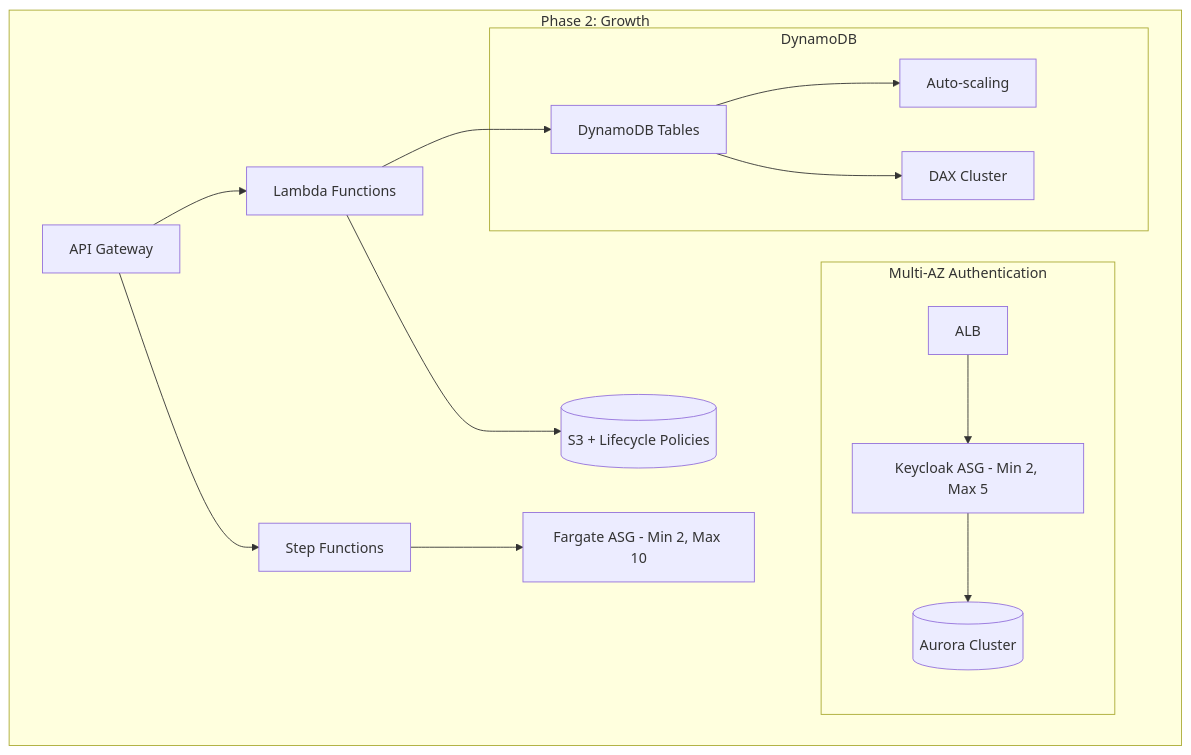
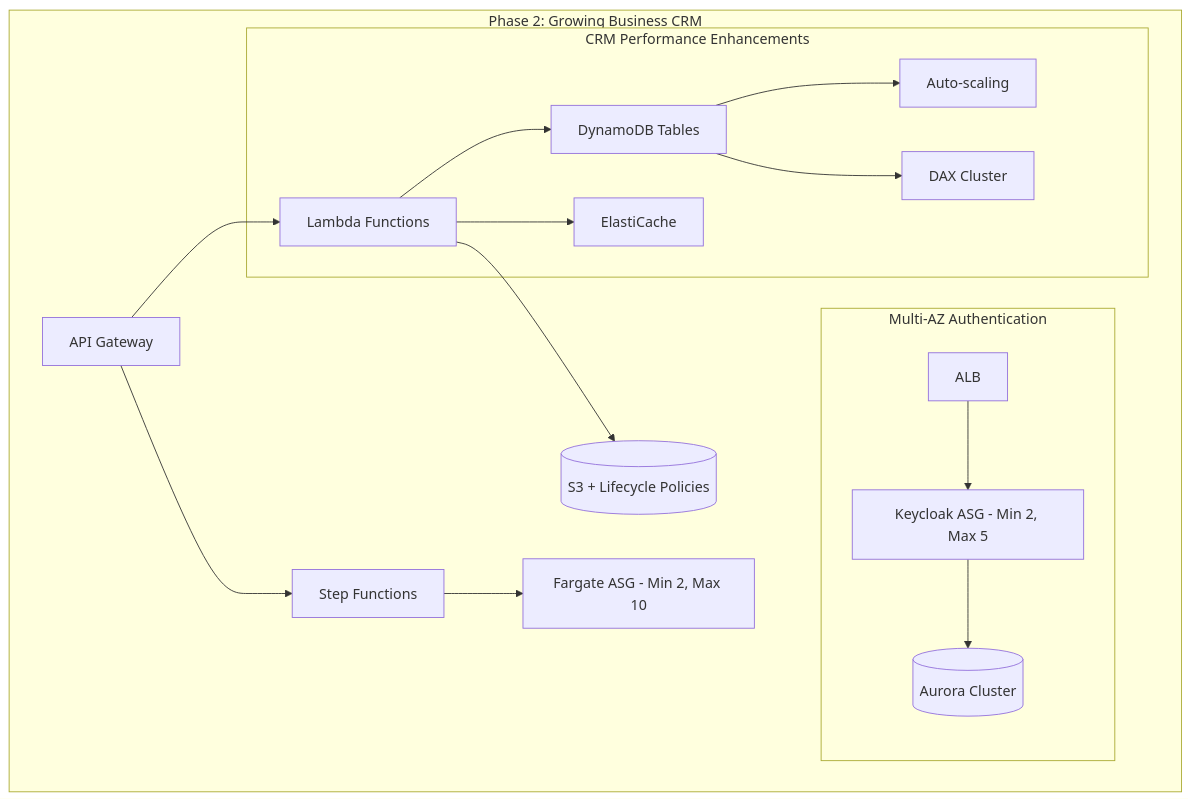
The fifth of 12 diagrams in architecture/scaling.md (philkunz/fargate), drawn with Mermaid before and after one commit. The commit also changed other lines of this file and 11 other files, not shown here.

Commit message:
feat(documentation): Revamp Zebros CRM serverless architecture documentation with updated diagrams, expanded API, authentication, long-running tasks, data storage, and scaling details

````diff
--- a/architecture/scaling.md
+++ b/architecture/scaling.md
@@ -73,20 +104,21 @@
 ```mermaid
 flowchart TB
-    subgraph "Phase 2: Growth"
+    subgraph "Phase 2: Growing Business CRM"
         API[API Gateway] --> Lambda[Lambda Functions]
         API --> StepF[Step Functions]
         Lambda --> DDBTable[DynamoDB Tables]
         Lambda --> S3[(S3 + Lifecycle Policies)]
         StepF --> FargateASG[Fargate ASG - Min 2, Max 10]
         
         subgraph "Multi-AZ Authentication"
             AuthLB[ALB] --> KeycloakASG[Keycloak ASG - Min 2, Max 5]
             KeycloakASG --> AuroraCluster[(Aurora Cluster)]
         end
         
-        subgraph "DynamoDB"
+        subgraph "CRM Performance Enhancements"
             DDBTable --> AutoScale[Auto-scaling]
             DDBTable --> DAX[DAX Cluster]
+            Lambda --> ElastiCache[ElastiCache]
         end
     end
 ```
````
